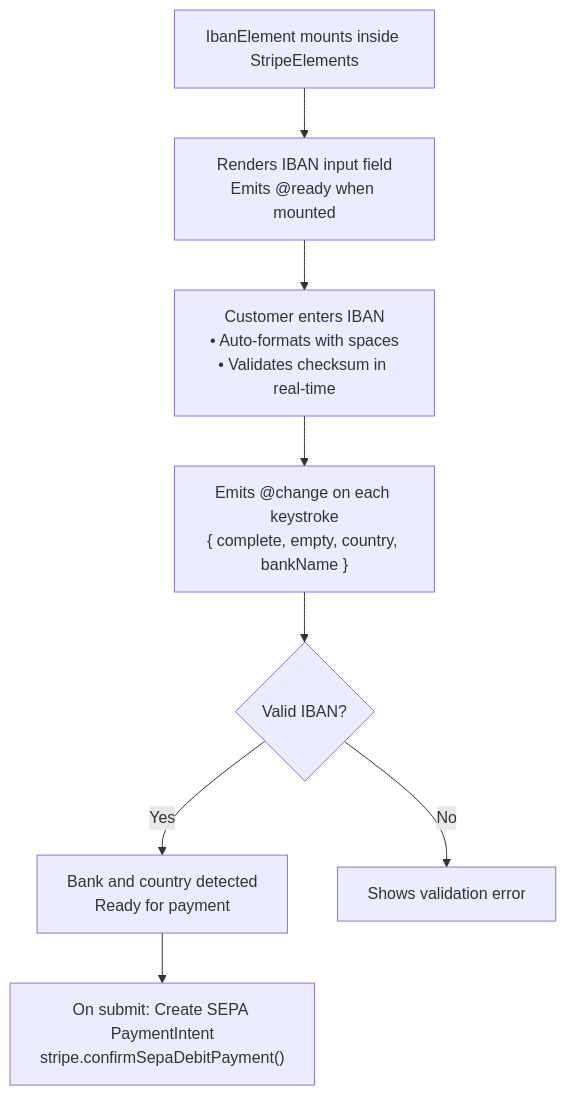
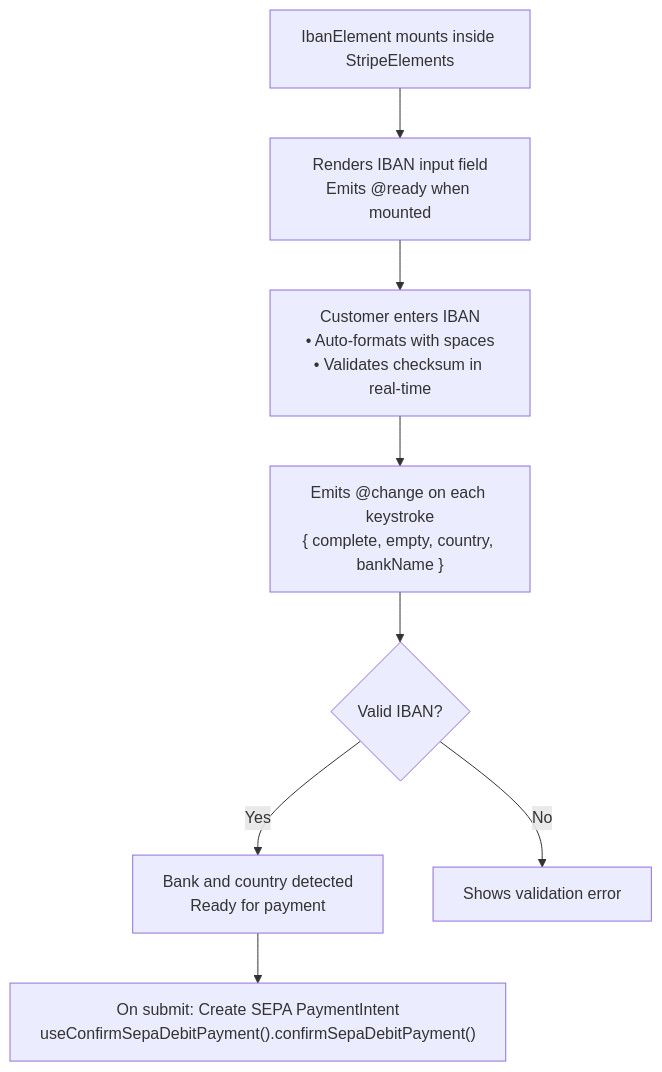
One commit to vue-stripe/vue-stripe changed the diagram in apps/docs/guide/iban-element.md. Above: the diagram before and after it, drawn with Mermaid. The commit also changed other lines of this file and 24 other files, not shown here.

````diff
--- a/apps/docs/guide/iban-element.md
+++ b/apps/docs/guide/iban-element.md
@@ -33,10 +33,10 @@
 ```mermaid
 flowchart TD
     A["IbanElement mounts inside StripeElements"] --> B["Renders IBAN input field<br/>Emits @ready when mounted"]
     B --> C["Customer enters IBAN<br/>• Auto-formats with spaces<br/>• Validates checksum in real-time"]
     C --> D["Emits @change on each keystroke<br/>{ complete, empty, country, bankName }"]
     D --> E{Valid IBAN?}
     E -->|Yes| F["Bank and country detected<br/>Ready for payment"]
     E -->|No| G["Shows validation error"]
-    F --> H["On submit: Create SEPA PaymentIntent<br/>stripe.confirmSepaDebitPayment()"]
+    F --> H["On submit: Create SEPA PaymentIntent<br/>useConfirmSepaDebitPayment().confirmSepaDebitPayment()"]
 ```
````
